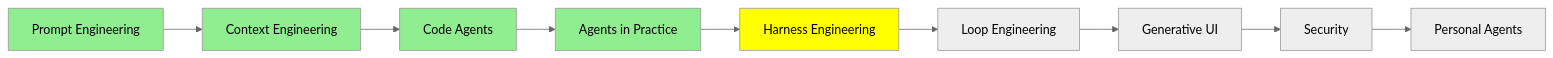
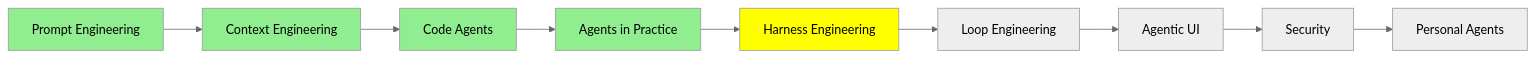
Before and after one commit to lokumai/ai-engineering-bazaar: the third of 3 diagrams in mini-courses/2_intermediate/harness_engineering.md, drawn with Mermaid (neutral theme). The commit also changed 43 other files, not shown here.

Commit message:
Agentic UI written in both tracks and three languages; Advanced Agentic UI planned with generative UI (M82, D110)

````diff
--- a/mini-courses/2_intermediate/harness_engineering.md
+++ b/mini-courses/2_intermediate/harness_engineering.md
@@ -185,16 +185,16 @@
 ```mermaid
 graph LR
     A[Prompt Engineering] --> B[Context Engineering]
     B --> C[Code Agents]
     C --> D[Agents in Practice]
     D --> E[Harness Engineering]
     E --> F[Loop Engineering]
-    F --> G[Generative UI]
+    F --> G[Agentic UI]
     G --> H[Security]
     H --> I[Personal Agents]
     style A fill:#90EE90
     style B fill:#90EE90
     style C fill:#90EE90
     style D fill:#90EE90
     style E fill:#FFFF00
 ```
````
